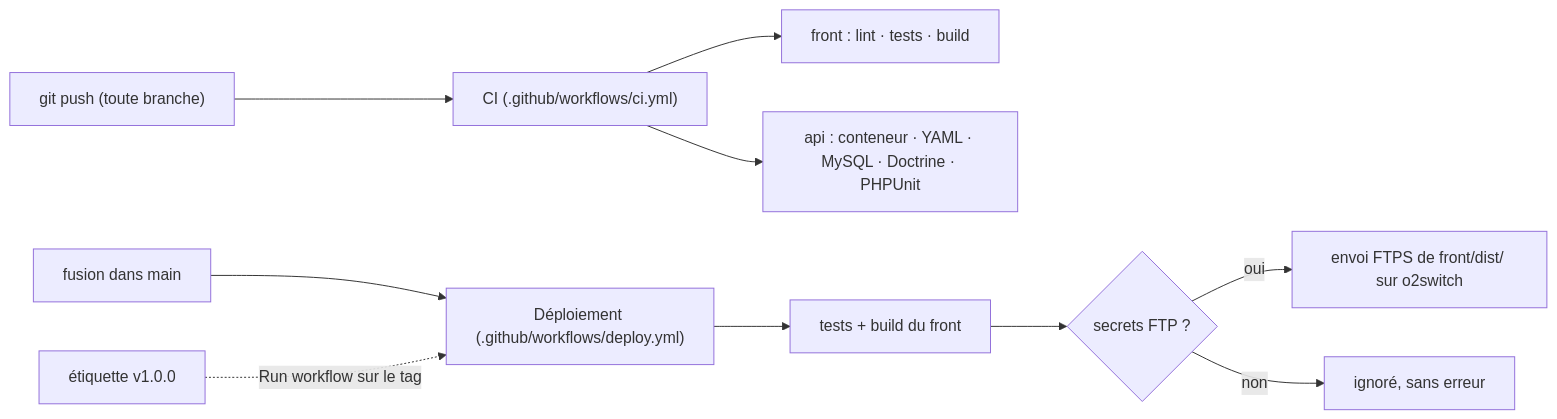
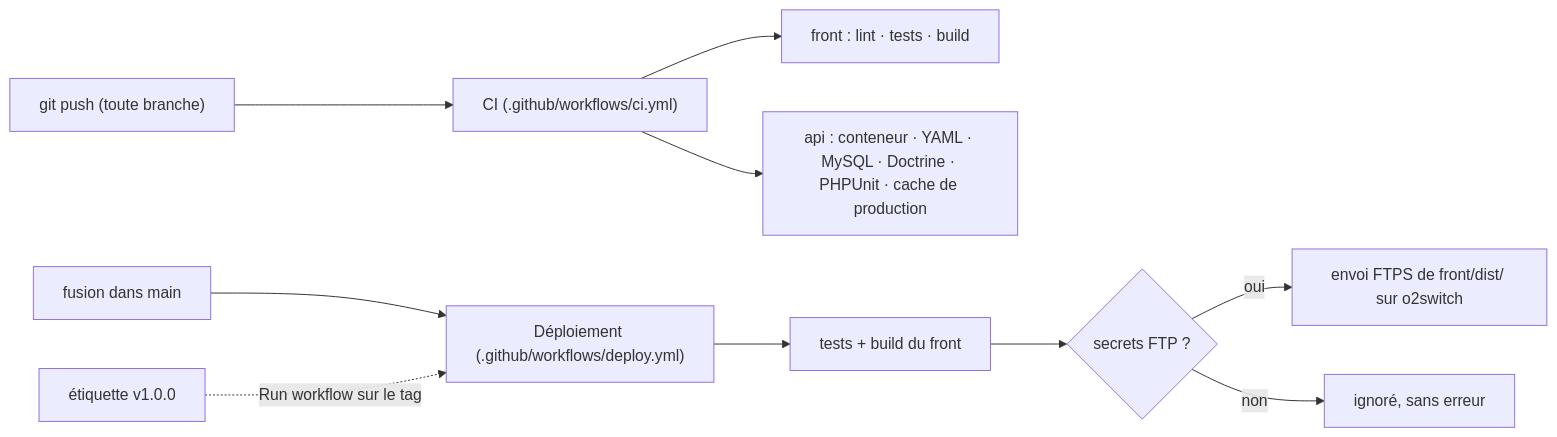
One commit to bsandoz79/bsandoz-site changed the diagram in docs/fonctionnalites/deploiement-et-ci.md. Above: the diagram before and after it, drawn with Mermaid. The commit also changed 1 other file, not shown here.

Commit message:
ci: construction du cache de production de l'API

````diff
--- a/docs/fonctionnalites/deploiement-et-ci.md
+++ b/docs/fonctionnalites/deploiement-et-ci.md
@@ -7,12 +7,12 @@
 ```mermaid
 flowchart LR
   push["git push (toute branche)"] --> ci["CI (.github/workflows/ci.yml)"]
   ci --> f["front : lint · tests · build"]
-  ci --> a["api : conteneur · YAML · MySQL · Doctrine · PHPUnit"]
+  ci --> a["api : conteneur · YAML · MySQL · Doctrine · PHPUnit · cache de production"]
   main["fusion dans main"] --> dep["Déploiement (.github/workflows/deploy.yml)"]
   dep --> b["tests + build du front"]
   b --> s{"secrets FTP ?"}
   s -- oui --> ftp["envoi FTPS de front/dist/ sur o2switch"]
   s -- non --> skip["ignoré, sans erreur"]
   tag["étiquette v1.0.0"] -. "Run workflow sur le tag" .-> dep
 ```
````
